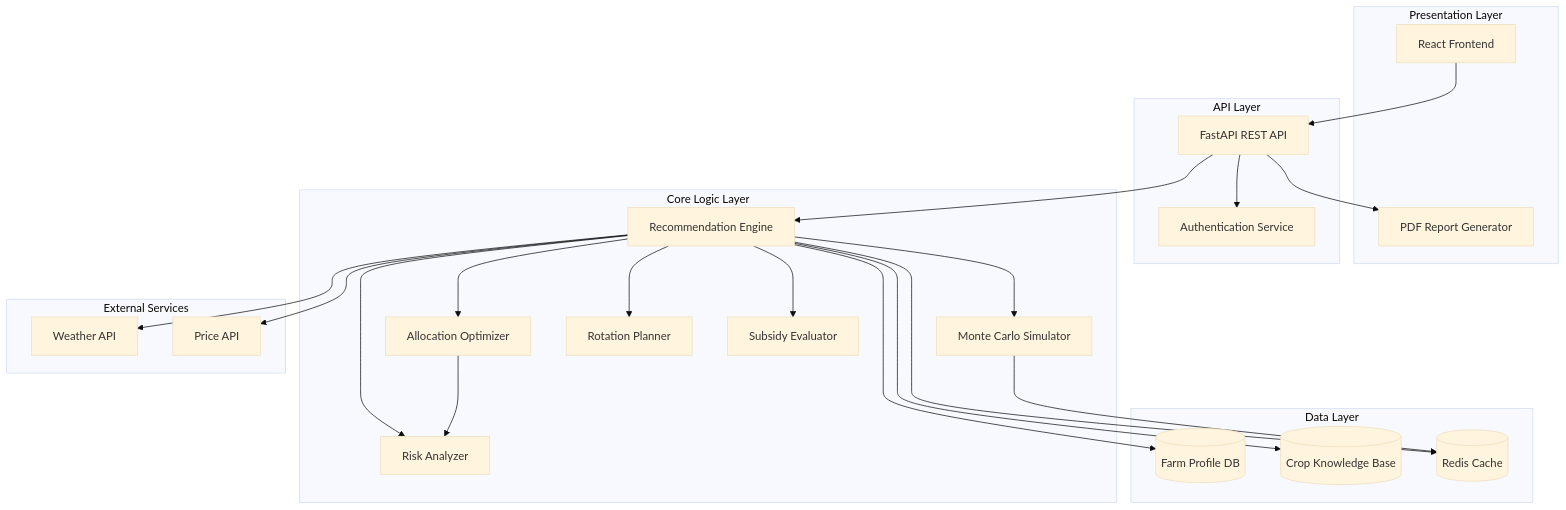
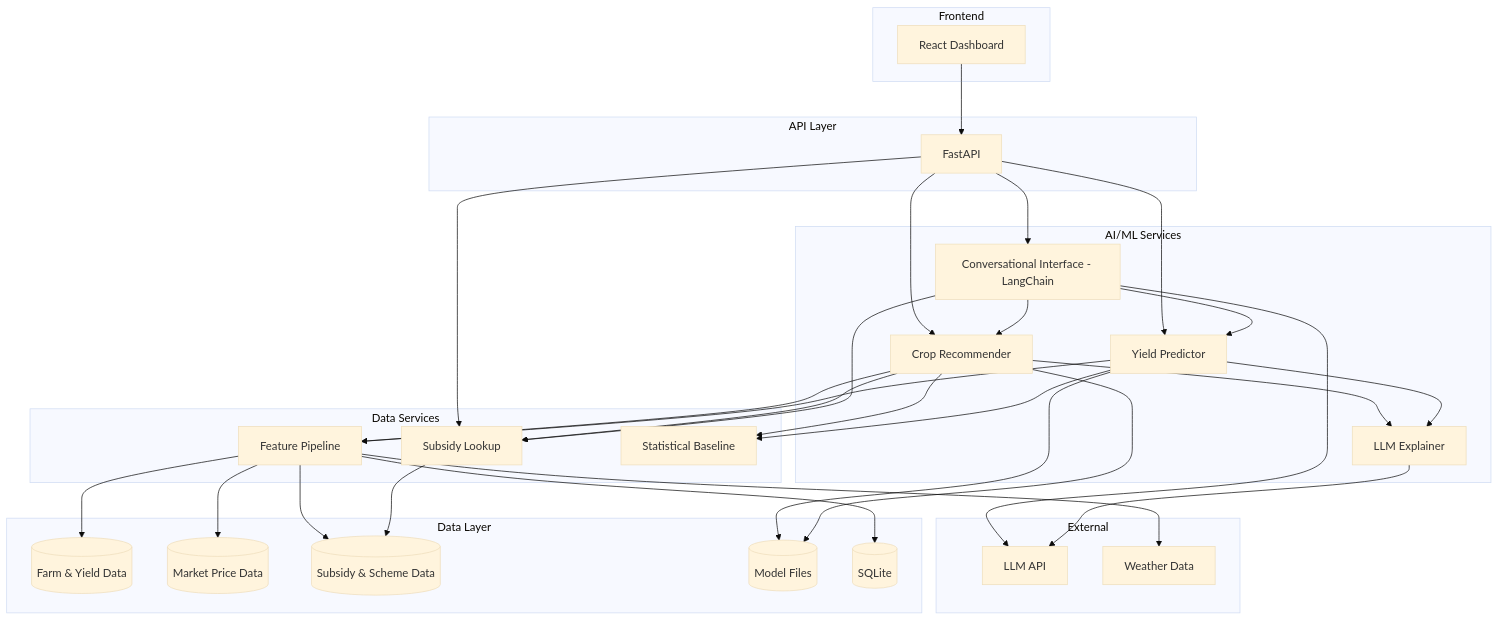
One commit to Parteeksachdeva/AgriPlan-AI changed the first of 8 diagrams in design.md. Above: the diagram before and after it, drawn with Mermaid (base theme). The commit also changed other lines of this file and 4 other files, not shown here.

````diff
--- a/design.md
+++ b/design.md
@@ -30,53 +25,68 @@
 ```mermaid
 graph TB
-    subgraph "Presentation Layer"
-        UI[React Frontend]
-        ReportGen[PDF Report Generator]
+    subgraph "Frontend"
+        UI[React Dashboard]
     end
-    
+
     subgraph "API Layer"
-        API[FastAPI REST API]
-        Auth[Authentication Service]
+        API[FastAPI]
     end
-    
-    subgraph "Core Logic Layer"
-        RecEngine[Recommendation Engine]
-        MCSimulator[Monte Carlo Simulator]
-        AllocOptimizer[Allocation Optimizer]
-        RiskAnalyzer[Risk Analyzer]
-        RotationPlanner[Rotation Planner]
-        SubsidyEval[Subsidy Evaluator]
+
+    subgraph "AI/ML Services"
+        CR[Crop Recommender]
+        YP[Yield Predictor]
+        LE[LLM Explainer]
+        CI[Conversational Interface - LangChain]
     end
-    
+
+    subgraph "Data Services"
+        FP[Feature Pipeline]
+        SL[Subsidy Lookup]
+        SB[Statistical Baseline]
+    end
+
+    subgraph "External"
+        LLM[LLM API]
+        WD[Weather Data]
+    end
+
     subgraph "Data Layer"
-        FarmDB[(Farm Profile DB)]
-        CropDB[(Crop Knowledge Base)]
-        Cache[(Redis Cache)]
+        FD[(Farm & Yield Data)]
+        MD[(Market Price Data)]
+        SD[(Subsidy & Scheme Data)]
+        ML[(Model Files)]
+        DB[(SQLite)]
     end
-    
-    subgraph "External Services"
-        WeatherAPI[Weather API]
-        PriceAPI[Price API]
-    end
-    
+
     UI --> API
-    API --> Auth
-    API --> RecEngine
-    API --> ReportGen
-    
-    RecEngine --> MCSimulator
-    RecEngine --> AllocOptimizer
-    RecEngine --> RiskAnalyzer
-    RecEngine --> RotationPlanner
-    RecEngine --> SubsidyEval
-    
-    RecEngine --> FarmDB
-    RecEngine --> CropDB
-    RecEngine --> Cache
-    
-    RecEngine --> WeatherAPI
-    RecEngine --> PriceAPI
-    
-    MCSimulator --> Cache
-    AllocOptimizer --> RiskAnalyzer
+    API --> CR
+    API --> YP
+    API --> CI
+    API --> SL
+
+    CR --> FP
+    CR --> SL
+    YP --> FP
+    CR --> LE
+    YP --> LE
+    CI --> LLM
+    CI --> CR
+    CI --> YP
+    CI --> SL
+
+    CR --> SB
+    YP --> SB
+
+    FP --> FD
+    FP --> MD
+    FP --> SD
+    FP --> WD
+    FP --> DB
+
+    SL --> SD
+
+    YP --> ML
+    CR --> ML
+
+    LE --> LLM
 ```
````
